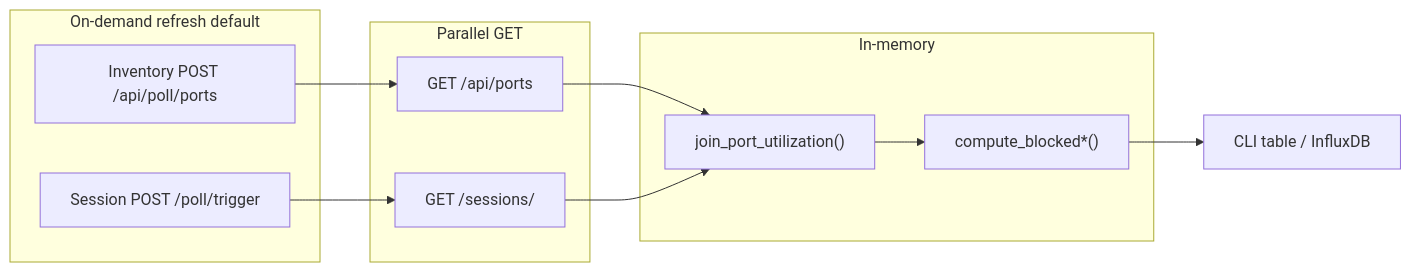
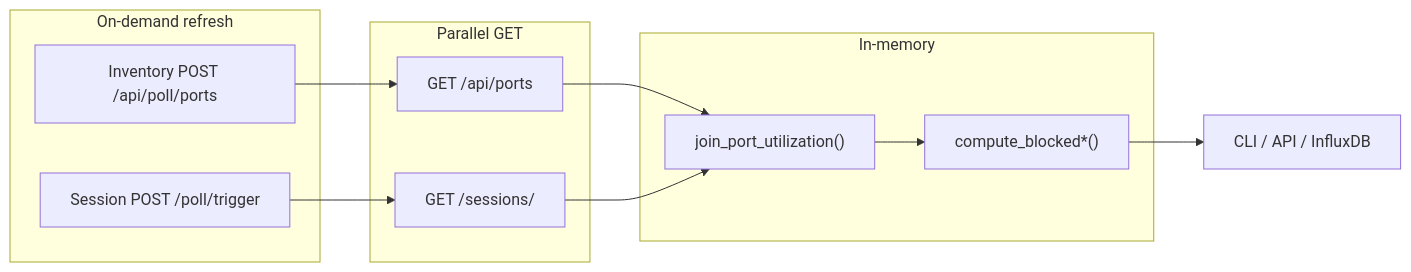
Before and after one commit to ashwinjo/IxPortUtilizationAuditor: the diagram in README.md, drawn with Mermaid. The commit also changed other lines of this file and 6 other files, not shown here.

````diff
--- a/README.md
+++ b/README.md
@@ -152,21 +125,21 @@
 ```mermaid
 flowchart LR
-  subgraph triggers [On-demand refresh default]
+  subgraph triggers [On-demand refresh]
     INV_POST["Inventory POST /api/poll/ports"]
     SESS_POST["Session POST /poll/trigger"]
   end
   subgraph fetch [Parallel GET]
     INV_GET["GET /api/ports"]
     SESS_GET["GET /sessions/"]
   end
   subgraph join [In-memory]
     JOIN["join_port_utilization()"]
     BLOCK["compute_blocked*()"]
   end
   INV_POST --> INV_GET
   SESS_POST --> SESS_GET
   INV_GET --> JOIN
   SESS_GET --> JOIN
   JOIN --> BLOCK
-  BLOCK --> OUT["CLI table / InfluxDB"]
+  BLOCK --> OUT["CLI / API / InfluxDB"]
 ```
````
